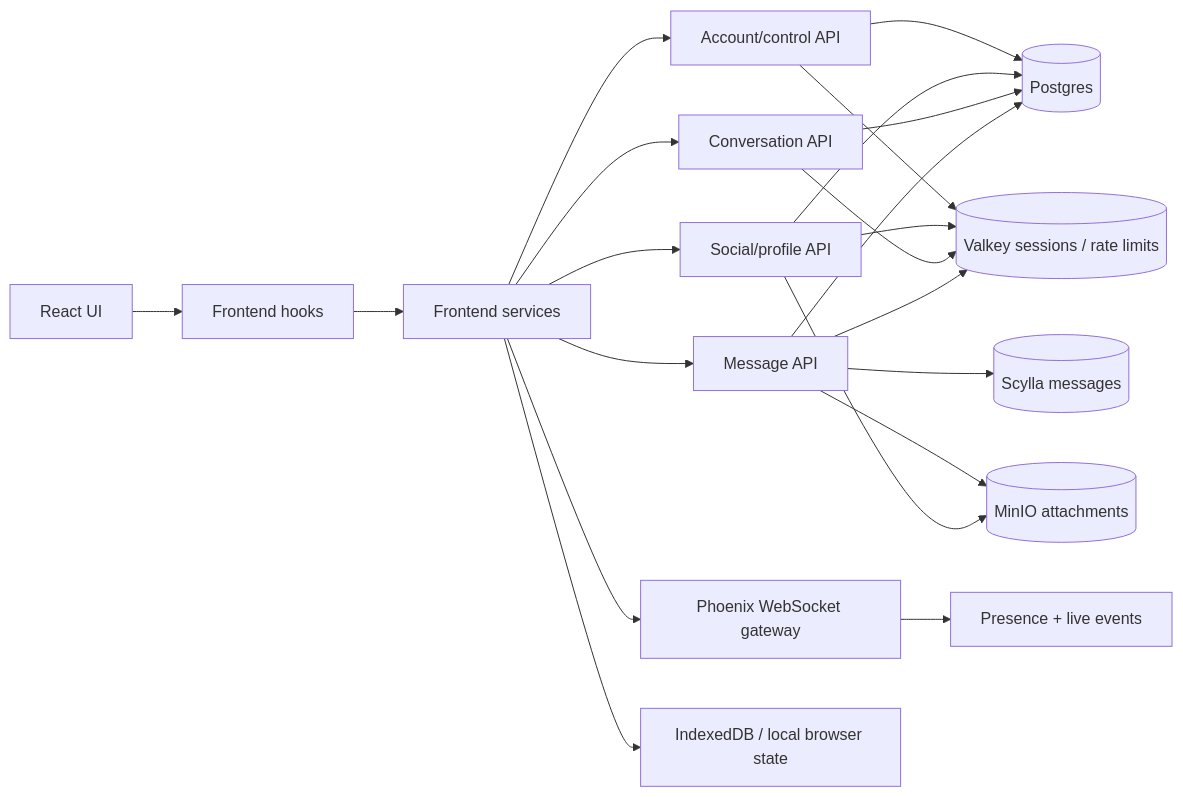
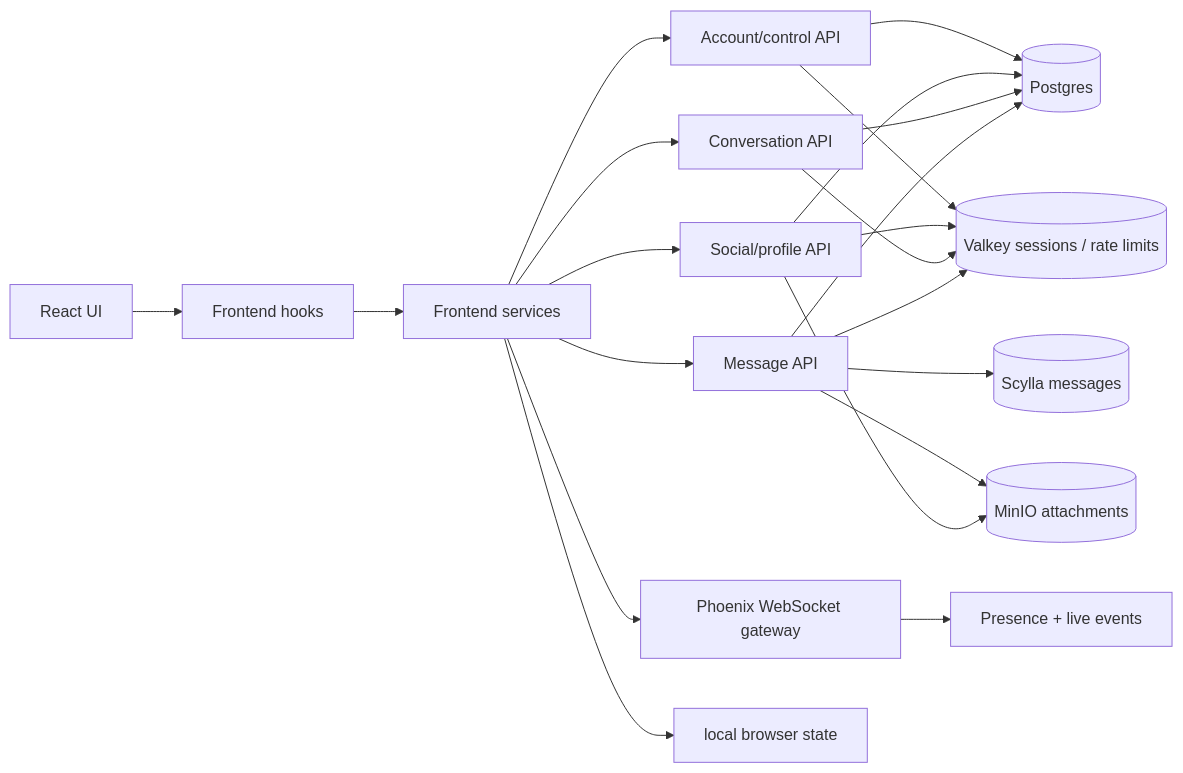
The second of 9 diagrams in VOID0000-www/docs/project-flow-map.md (voidjack233/VOIDCHATS-NOTE2EE), drawn with Mermaid before and after one commit. The commit also changed other lines of this file and 497 other files, not shown here.

````diff
--- a/VOID0000-www/docs/project-flow-map.md
+++ b/VOID0000-www/docs/project-flow-map.md
@@ -103,23 +88,23 @@
 ```mermaid
 flowchart LR
   UI[React UI] --> Hooks[Frontend hooks]
   Hooks --> Services[Frontend services]
   Services --> AccountAPI[Account/control API]
   Services --> MessageAPI[Message API]
   Services --> SocialAPI[Social/profile API]
   Services --> ConversationAPI[Conversation API]
   Services --> Gateway[Phoenix WebSocket gateway]
-  Services --> LocalState[IndexedDB / local browser state]
+  Services --> LocalState[local browser state]
   AccountAPI --> Postgres[(Postgres)]
   SocialAPI --> Postgres
   ConversationAPI --> Postgres
   MessageAPI --> Postgres
   MessageAPI --> Scylla[(Scylla messages)]
   MessageAPI --> MinIO[(MinIO attachments)]
   SocialAPI --> MinIO
   AccountAPI --> Valkey[(Valkey sessions / rate limits)]
   SocialAPI --> Valkey
   ConversationAPI --> Valkey
   MessageAPI --> Valkey
   Gateway --> Presence[Presence + live events]
 ```
````
